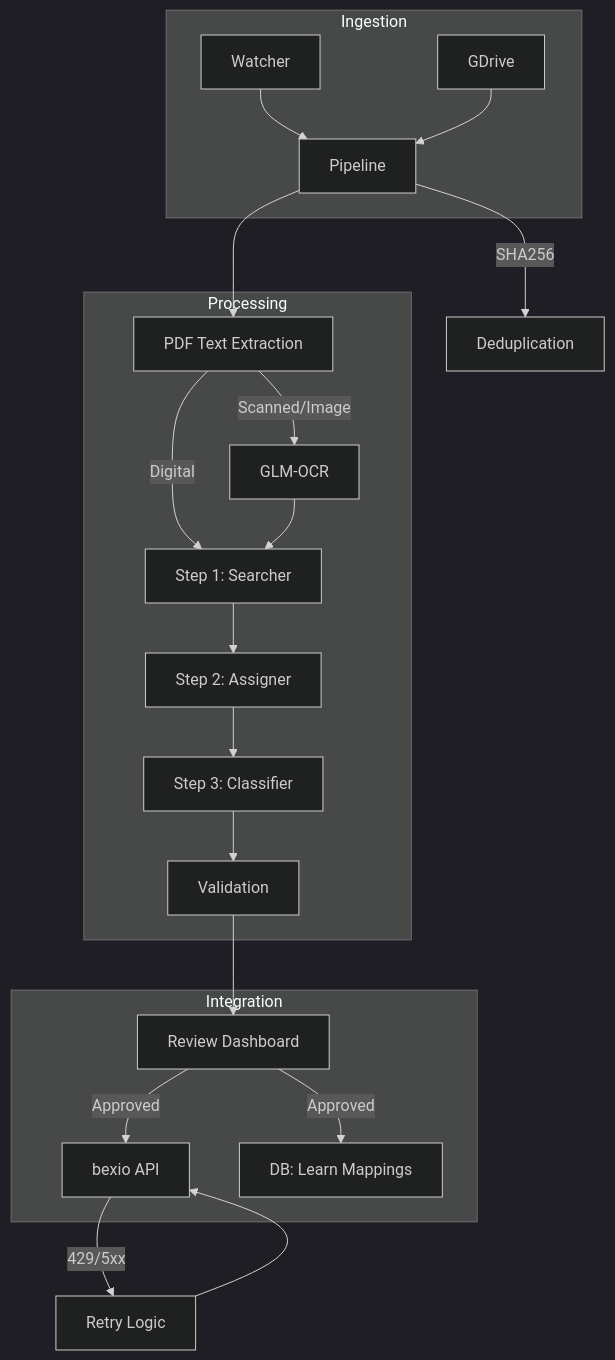
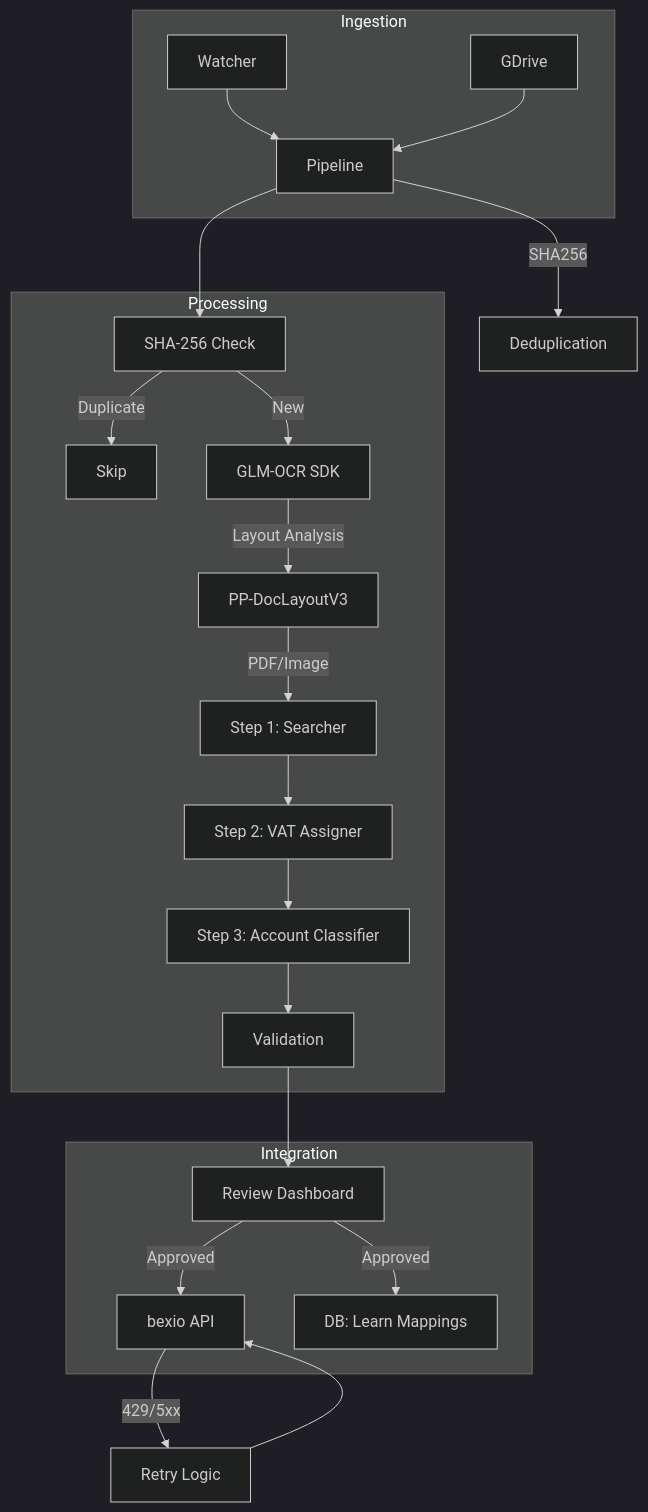
One commit to tazztone/bexio-receipts changed the diagram in README.md. Above: the diagram before and after it, drawn with Mermaid (dark theme). The commit also changed other lines of this file and 5 other files, not shown here.

Commit message:
docs: update architecture, config, and operations for GLM-OCR SDK migration

````diff
--- a/README.md
+++ b/README.md
@@ -65,27 +65,28 @@
 ```mermaid
 graph TD
     subgraph Ingestion
         FW["Watcher"] --> P["Pipeline"]
         GD["GDrive"] --> P
     end
 
     subgraph Processing
-        P --> PDF["PDF Text Extraction"]
-        PDF -- Scanned/Image --> OCR["GLM-OCR"]
-        PDF -- Digital --> LLM_S1[Step 1: Searcher]
-        OCR --> LLM_S1
-        LLM_S1 --> LLM_S2[Step 2: Assigner]
-        LLM_S2 --> LLM_S3[Step 3: Classifier]
-        LLM_S3 --> VAL["Validation"]
+        P --> DB_Hash[SHA-256 Check]
+        DB_Hash -- Duplicate --> Skip[Skip]
+        DB_Hash -- New --> OCR_SDK[GLM-OCR SDK]
+        OCR_SDK -- Layout Analysis --> PP_DocLayout[PP-DocLayoutV3]
+        PP_DocLayout -- PDF/Image --> LLM_S1[Step 1: Searcher]
+        LLM_S1 --> LLM_S2[Step 2: VAT Assigner]
+        LLM_S2 --> LLM_S3[Step 3: Account Classifier]
+        LLM_S3 --> VAL[Validation]
     end
 
     subgraph Integration
         VAL --> RD["Review Dashboard"]
         RD -- Approved --> BEX["bexio API"]
         RD -- Approved --> DB_Learn[DB: Learn Mappings]
     end
 
     BEX -- 429/5xx --> Retry["Retry Logic"]
     Retry --> BEX
     P -- SHA256 --> DB["Deduplication"]
 ```
````
